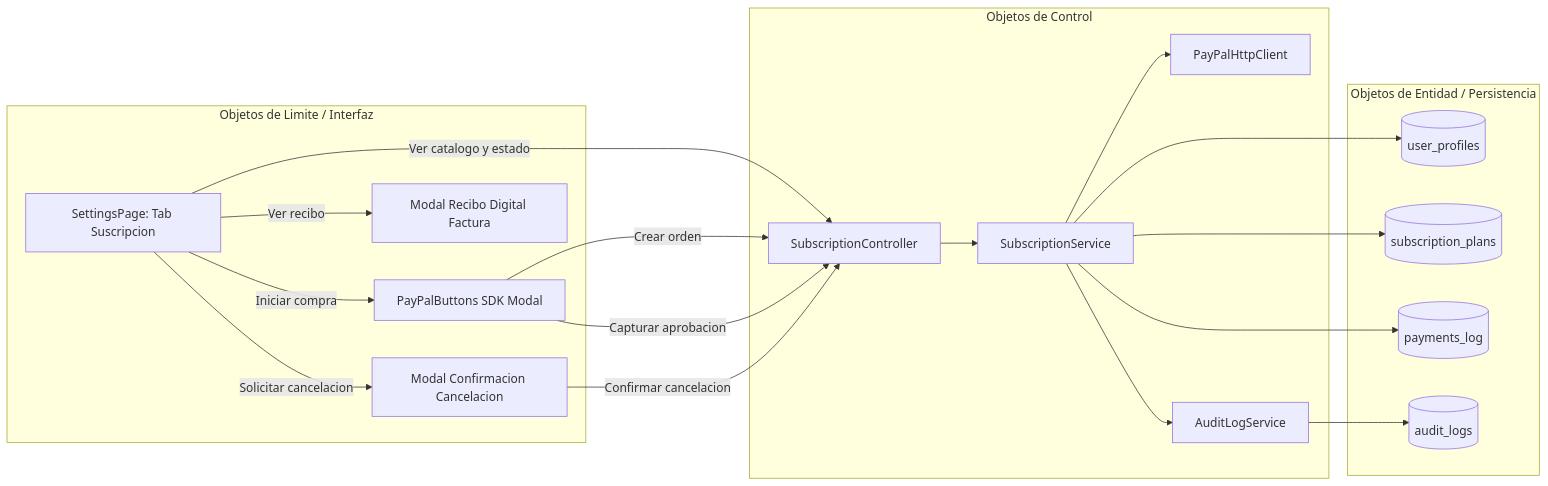
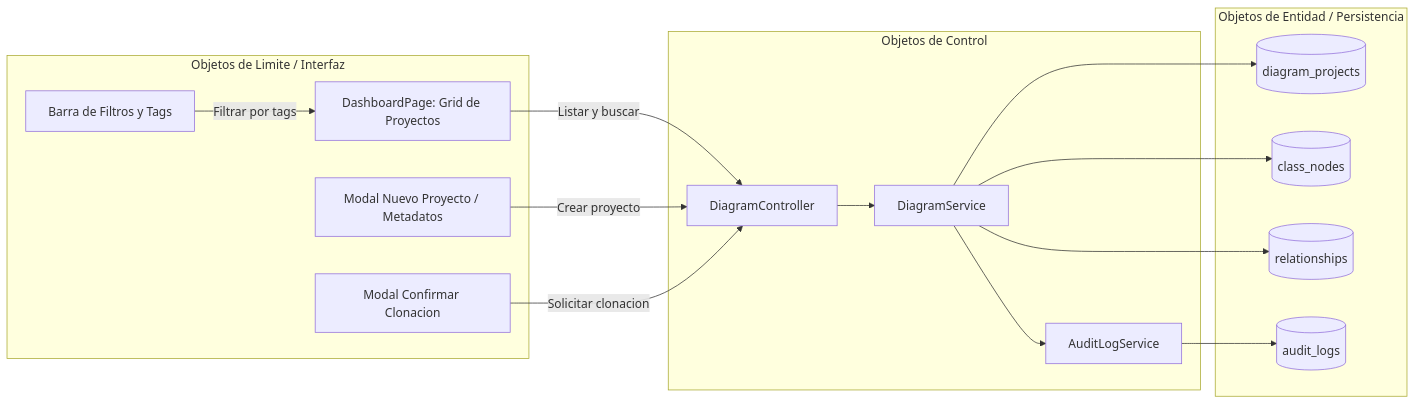
One commit to marcolop450/Diagrama_de_Datos_Community_SW1 changed the second of 2 diagrams in DOCUMENTACION_PROYECTO.md. Above: the diagram before and after it, drawn with Mermaid. The commit also changed other lines of this file and 32 other files, not shown here.

Commit message:
feat(cu03): implementar gestion integral de proyectos, clonacion profunda y metadatos con erradicacion de saas

````diff
--- a/DOCUMENTACION_PROYECTO.md
+++ b/DOCUMENTACION_PROYECTO.md
@@ -138,39 +104,34 @@
 ```mermaid
 flowchart LR
     subgraph Boundary[Objetos de Limite / Interfaz]
-        B1[SettingsPage: Tab Suscripcion]
-        B2[PayPalButtons SDK Modal]
-        B3[Modal Recibo Digital Factura]
-        B4[Modal Confirmacion Cancelacion]
+        B1[DashboardPage: Grid de Proyectos]
+        B2[Modal Nuevo Proyecto / Metadatos]
+        B3[Modal Confirmar Clonacion]
+        B4[Barra de Filtros y Tags]
     end
 
     subgraph Control[Objetos de Control]
-        C1[SubscriptionController]
-        C2[SubscriptionService]
-        C3[PayPalHttpClient]
-        C4[AuditLogService]
+        C1[DiagramController]
+        C2[DiagramService]
+        C3[AuditLogService]
     end
 
     subgraph Entity[Objetos de Entidad / Persistencia]
-        E1[(user_profiles)]
-        E2[(subscription_plans)]
-        E3[(payments_log)]
+        E1[(diagram_projects)]
+        E2[(class_nodes)]
+        E3[(relationships)]
         E4[(audit_logs)]
     end
 
-    B1 -->|Ver catalogo y estado| C1
-    B1 -->|Iniciar compra| B2
-    B2 -->|Crear orden| C1
-    B2 -->|Capturar aprobacion| C1
-    B1 -->|Solicitar cancelacion| B4
-    B4 -->|Confirmar cancelacion| C1
-    B1 -->|Ver recibo| B3
+    B1 -->|Listar y buscar| C1
+    B2 -->|Crear proyecto| C1
+    B3 -->|Solicitar clonacion| C1
+    B4 -->|Filtrar por tags| B1
 
     C1 --> C2
-    C2 --> C3
-    C2 --> C4
     C2 --> E1
     C2 --> E2
     C2 --> E3
-    C4 --> E4
+    C2 --> C3
+    C3 --> E4
 ```
````
